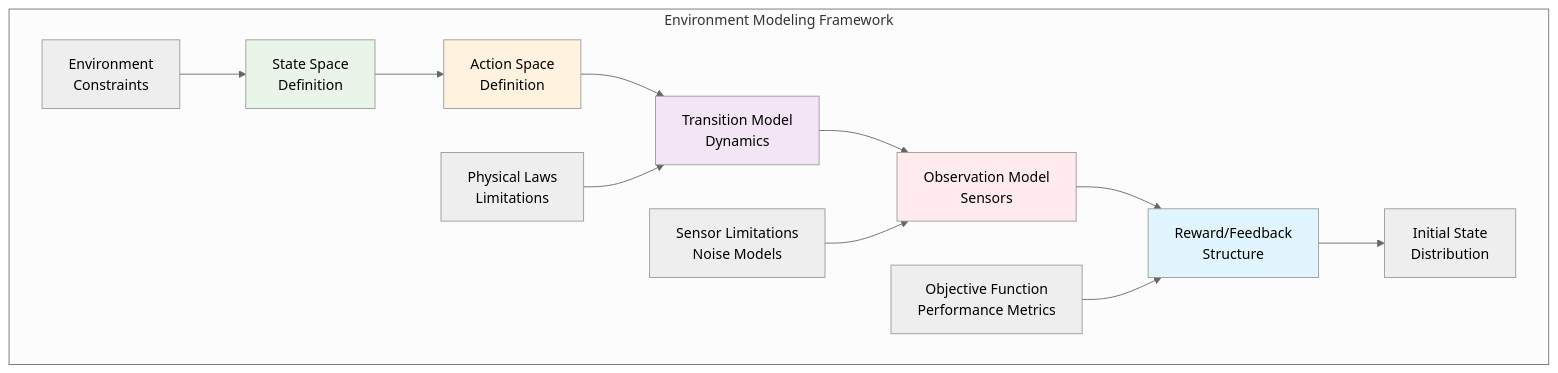
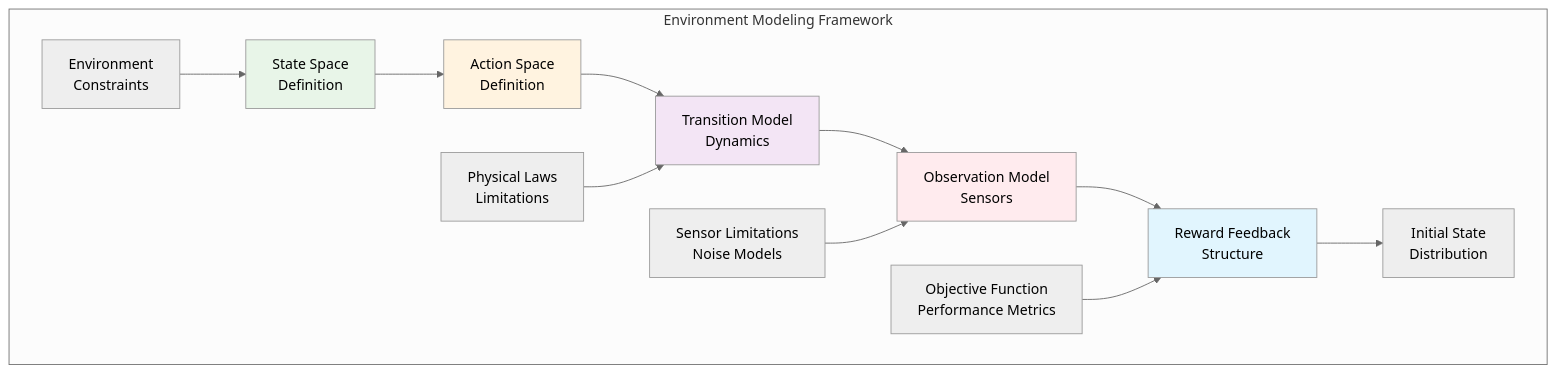
Before and after one commit to abstracted-m7/Data-Science: diagram 12 of 16 in Hand-Notes/Theory-AI-Basics/Environments/README.md, drawn with Mermaid (neutral theme). The commit also changed other lines of this file, not shown here.

````diff
--- a/Hand-Notes/Theory-AI-Basics/Environments/README.md
+++ b/Hand-Notes/Theory-AI-Basics/Environments/README.md
@@ -530,21 +530,21 @@
 ```mermaid
 graph TB
     subgraph "Environment Modeling Framework"
         A[State Space<br/>Definition] --> B[Action Space<br/>Definition]
         B --> C[Transition Model<br/>Dynamics]
         C --> D[Observation Model<br/>Sensors]
-        D --> E[Reward/Feedback<br/>Structure]
+        D --> E[Reward Feedback<br/>Structure]
         E --> F[Initial State<br/>Distribution]
         
         G[Environment<br/>Constraints] --> A
         H[Physical Laws<br/>Limitations] --> C
         I[Sensor Limitations<br/>Noise Models] --> D
         J[Objective Function<br/>Performance Metrics] --> E
     end
     
     style A fill:#e8f5e8
     style B fill:#fff3e0
     style C fill:#f3e5f5
     style D fill:#ffebee
     style E fill:#e1f5fe
 ```
````
